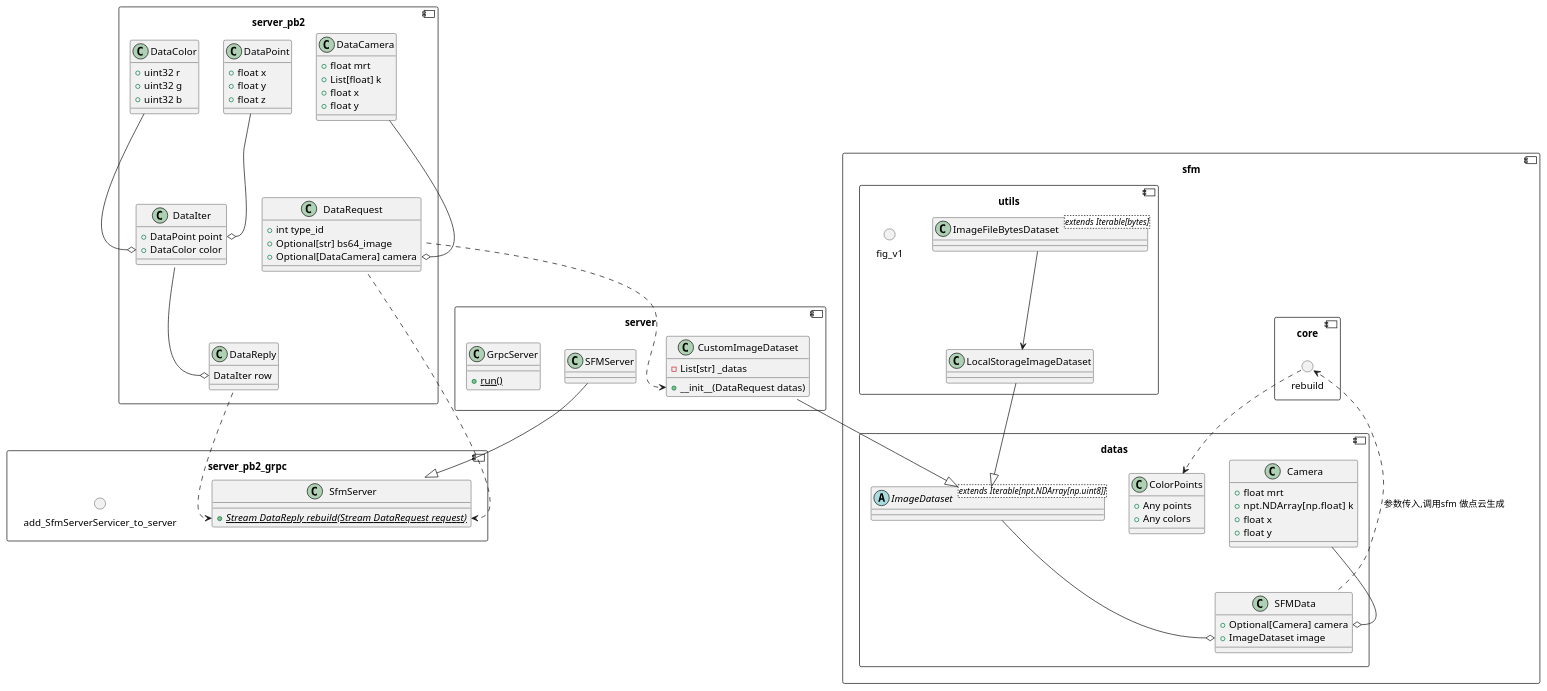
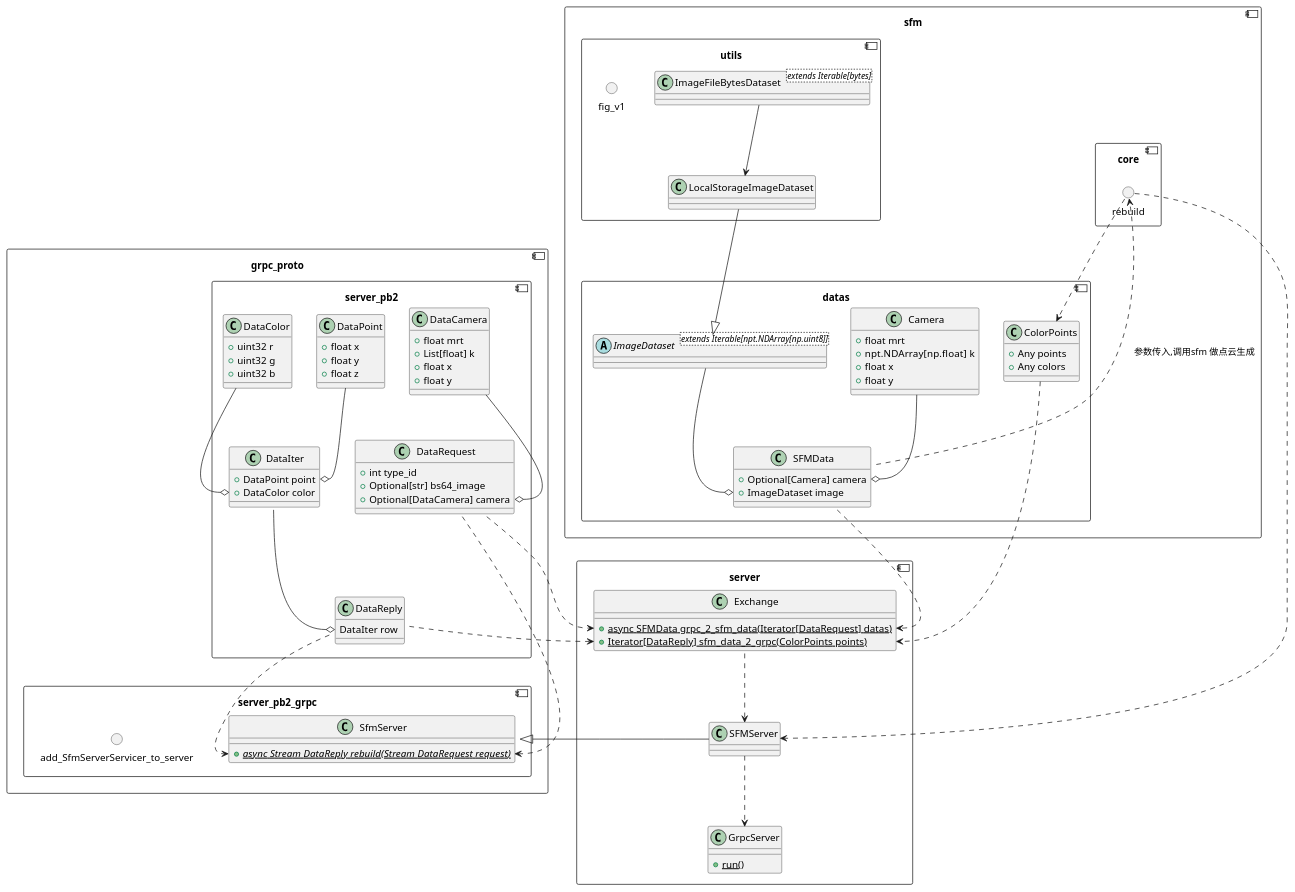
Before and after one commit to lanhao945/SFM: the first of 2 diagrams in docs/设计文档.md, drawn with PlantUML. The commit also changed 4 other files, not shown here.

````diff
--- a/docs/设计文档.md
+++ b/docs/设计文档.md
@@ -48,73 +48,82 @@
     SFMData ..> sfm_call: 参数传入,调用sfm 做点云生成
     sfm_call ..> ColorPoints
 }
-
-component server_pb2{
-
-    class DataRequest{
-        + int type_id
-        + Optional[str] bs64_image
-        + Optional[DataCamera] camera
-    }
-    class DataCamera{
-        + float mrt
-        + List[float] k
-        + float x
-        + float y
-    }
-    DataCamera --o DataRequest::camera
-    
-    class DataPoint{
-        + float x
-        + float y
-        + float z
-    }
-    class DataColor{
-        + uint32 r
-        + uint32 g
-        + uint32 b        
+component grpc_proto{
+    component server_pb2{
+        class DataRequest{
+            + int type_id
+            + Optional[str] bs64_image
+            + Optional[DataCamera] camera
+        }
+        class DataCamera{
+            + float mrt
+            + List[float] k
+            + float x
+            + float y
+        }
+        DataCamera --o DataRequest::camera
+        
+        class DataPoint{
+            + float x
+            + float y
+            + float z
+        }
+        class DataColor{
+            + uint32 r
+            + uint32 g
+            + uint32 b        
+        }
+        
+        class DataIter{
+            + DataPoint point
+            + DataColor color
+        }
+        
+        DataPoint --o DataIter::point
+        DataColor --o DataIter::color
+        class DataReply{
+            DataIter row
+        }
+        DataIter --o DataReply::row
     }
     
-    class DataIter{
-        + DataPoint point
-        + DataColor color
+    component server_pb2_grpc{
+    
+        class SfmServer{
+            + {static} {abstract} async Stream DataReply rebuild(Stream DataRequest request)
+        }
+        DataReply ..> SfmServer::rebuild
+        DataRequest ..> SfmServer::rebuild
+        
+        () add_SfmServerServicer_to_server
     }
-    
-    DataPoint --o DataIter::point
-    DataColor --o DataIter::color
-    class DataReply{
-        DataIter row
-    }
-    DataIter --o DataReply::row
 }
 
-component server_pb2_grpc{
-
-    class SfmServer{
-        + {static} {abstract} Stream DataReply rebuild(Stream DataRequest request)
-    }
-    DataReply ..> SfmServer::rebuild
-    DataRequest ..> SfmServer::rebuild
-    
-    () add_SfmServerServicer_to_server
-}
 
 component server{
+    class Exchange{
+        + {static} async SFMData grpc_2_sfm_data(Iterator[DataRequest] datas)
+        + {static} Iterator[DataReply] sfm_data_2_grpc(ColorPoints points)
+    }
+    SFMData ..> Exchange::grpc_2_sfm_data
+    DataRequest ..> Exchange::grpc_2_sfm_data
+    
+    DataReply ..> Exchange::sfm_data_2_grpc
+    ColorPoints ..> Exchange::sfm_data_2_grpc
+    
     class SFMServer{
     }
     SFMServer --|> SfmServer 
-    CustomImageDataset --|> ImageDataset
-    class CustomImageDataset{
-        - List[str] _datas 
-        + __init__(DataRequest datas)
-    }
     
-    DataRequest ..> CustomImageDataset::__init__
+    Exchange ..> SFMServer
+    sfm_call ..> SFMServer
     
     class GrpcServer{
         + {static} run()
     }
     
+    SFMServer ..> GrpcServer
+    
 }
 @enduml
 ```
````
